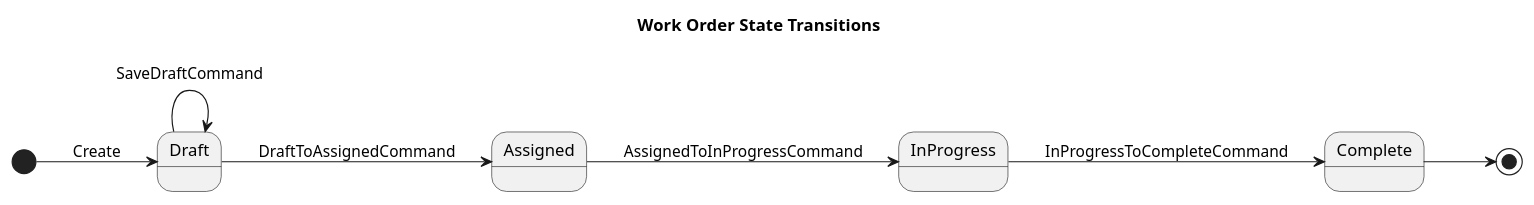
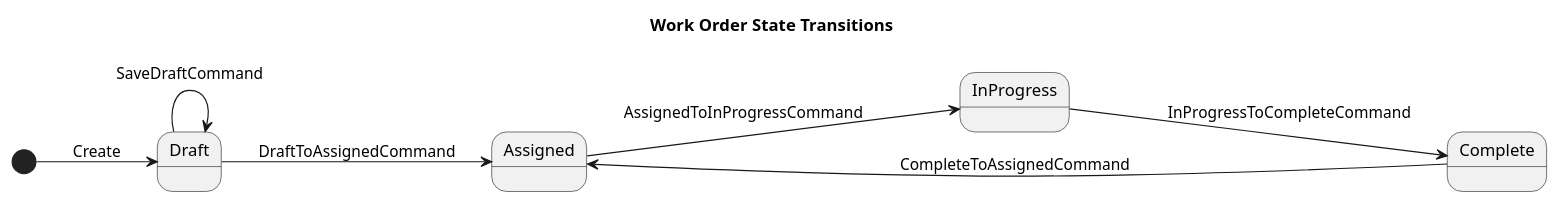
The diagram in arch/arch-state-workorder.puml (Newah1/clearmeasure-bootcamp), drawn with PlantUML before and after one commit. The commit also changed 16 other files, not shown here.

First line of the commit message:
Add CompleteToAssignedCommand to allow creators to reassign completed work orders

```diff
--- a/arch/arch-state-workorder.puml
+++ b/arch/arch-state-workorder.puml
@@ -1,17 +1,17 @@
 @startuml
 title Work Order State Transitions
 
 left to right direction
 
 [*] --> Draft : Create
 
 Draft --> Draft : SaveDraftCommand
 Draft --> Assigned : DraftToAssignedCommand
 
 Assigned --> InProgress : AssignedToInProgressCommand
 
 InProgress --> Complete : InProgressToCompleteCommand
 
-Complete --> [*]
+Complete --> Assigned : CompleteToAssignedCommand
 
 @enduml
```
